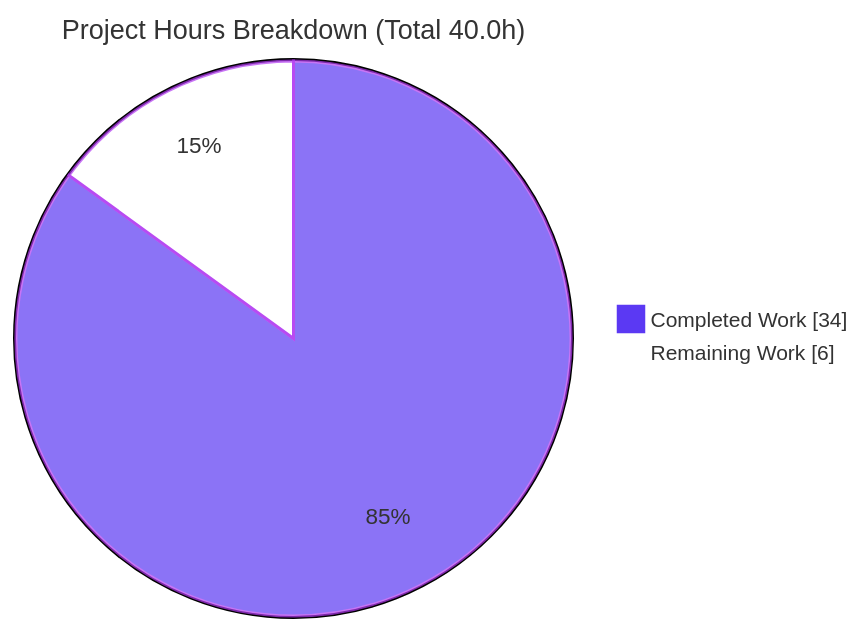
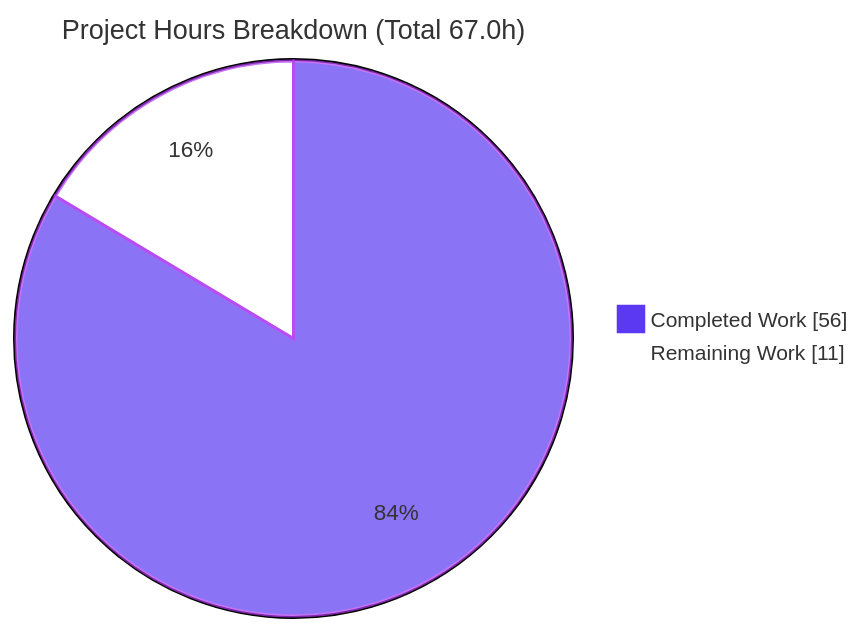
The second of 3 diagrams in blitzy/documentation/Project Guide.md (Sandeep02Kumar02/29-dec-existing-projects-qa-test-2), drawn with Mermaid before and after one commit. The commit also changed other lines of this file, not shown here.

Commit message:
Adding Blitzy Project Guide: Project Status and Human Tasks Remaining

````diff
--- a/blitzy/documentation/Project Guide.md
+++ b/blitzy/documentation/Project Guide.md
@@ -194,6 +235,6 @@
 ```mermaid
 %%{init: {'theme':'base','themeVariables':{'pie1':'#5B39F3','pie2':'#FFFFFF','pieStrokeColor':'#B23AF2','pieStrokeWidth':'2px','pieOuterStrokeWidth':'2px','pieTitleTextSize':'18px','pieSectionTextSize':'15px','pieLegendTextSize':'14px'}}}%%
-pie showData title Project Hours Breakdown (Total 40.0h)
-    "Completed Work" : 34
-    "Remaining Work" : 6
+pie showData title Project Hours Breakdown (Total 67.0h)
+    "Completed Work" : 56
+    "Remaining Work" : 11
 ```
````
